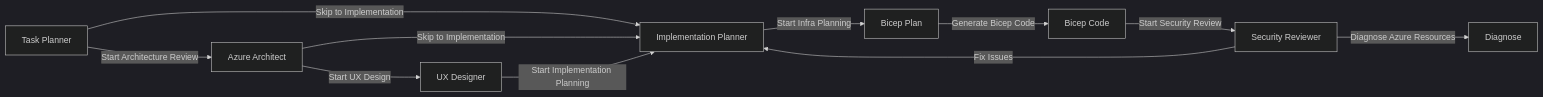
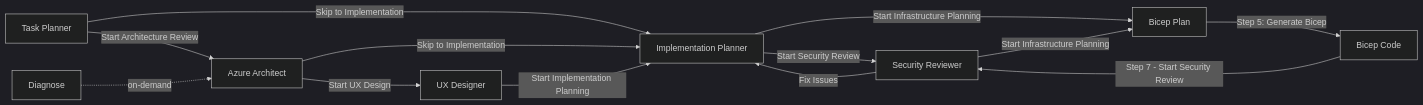
Before and after one commit to jonathan-vella/hacker-board: the first of 2 diagrams in docs/agents-and-skills.md, drawn with Mermaid (dark theme). The commit also changed 6 other files, not shown here.

````diff
--- a/docs/agents-and-skills.md
+++ b/docs/agents-and-skills.md
@@ -54,13 +54,15 @@
 ```mermaid
 graph LR
     TP[Task Planner] -->|"Start Architecture Review"| AA[Azure Architect]
     TP -->|"Skip to Implementation"| IP[Implementation Planner]
     AA -->|"Start UX Design"| UX[UX Designer]
     AA -->|"Skip to Implementation"| IP
     UX -->|"Start Implementation Planning"| IP
-    IP -->|"Start Infra Planning"| BP[Bicep Plan]
-    BP -->|"Generate Bicep Code"| BC[Bicep Code]
-    BC -->|"Start Security Review"| SR[Security Reviewer]
+    IP -->|"Start Security Review"| SR[Security Reviewer]
+    IP -->|"Start Infrastructure Planning"| BP[Bicep Plan]
+    BP -->|"Step 5: Generate Bicep"| BC[Bicep Code]
+    BC -->|"Step 7 - Start Security Review"| SR
     SR -->|"Fix Issues"| IP
-    SR -->|"Diagnose Azure Resources"| DG[Diagnose]
+    SR -->|"Start Infrastructure Planning"| BP
+    DG[Diagnose] -.->|"on-demand"| AA
 ```
````
